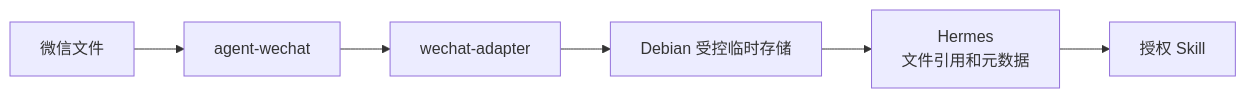
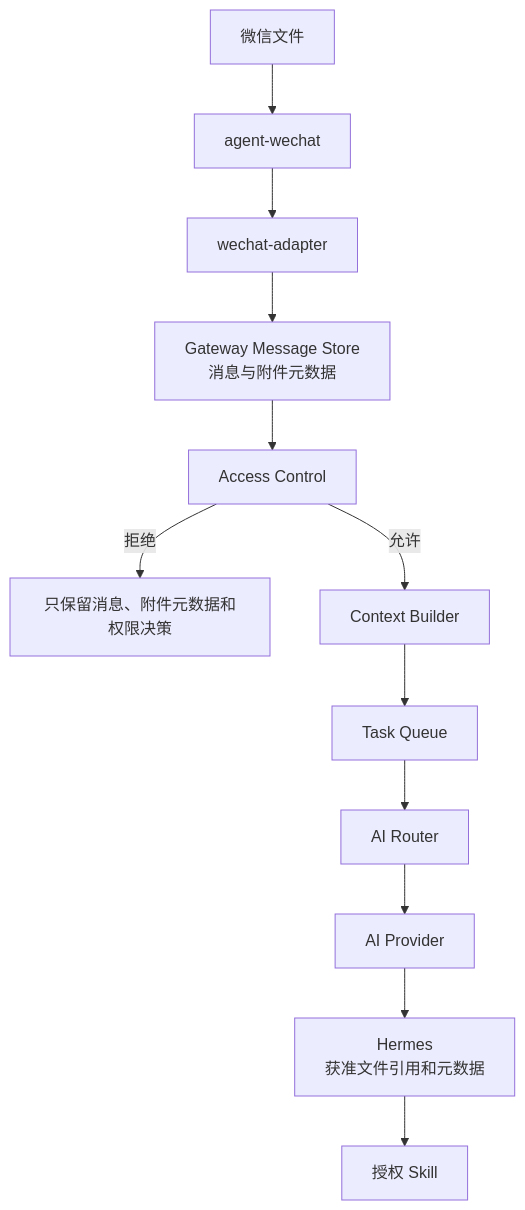
Before and after one commit to Tangbohu09527/CF_ecommerce-automation-docs: the first of 2 diagrams in design/wechat-adapter-design.md, drawn with Mermaid. The commit also changed other lines of this file and 5 other files, not shown here.

Commit message:
docs: design message store and task queue architecture

````diff
--- a/design/wechat-adapter-design.md
+++ b/design/wechat-adapter-design.md
@@ -117,8 +140,14 @@
 ```mermaid
-flowchart LR
+flowchart TB
     F["微信文件"] --> A["agent-wechat"]
     A --> W["wechat-adapter"]
-    W --> T["Debian 受控临时存储"]
-    T --> H["Hermes<br/>文件引用和元数据"]
+    W --> M["Gateway Message Store<br/>消息与附件元数据"]
+    M --> AC["Access Control"]
+    AC -->|"拒绝"| R["只保留消息、附件元数据和权限决策"]
+    AC -->|"允许"| C["Context Builder"]
+    C --> Q["Task Queue"]
+    Q --> AR["AI Router"]
+    AR --> P["AI Provider"]
+    P --> H["Hermes<br/>获准文件引用和元数据"]
     H --> S["授权 Skill"]
 ```
````
